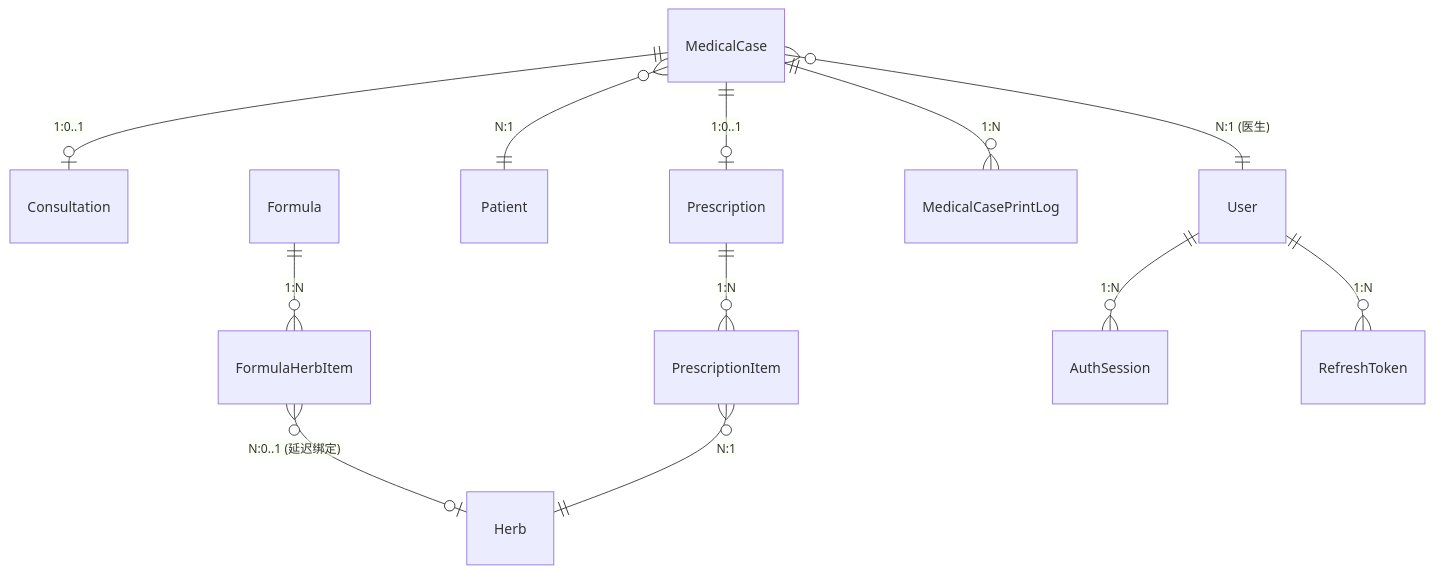
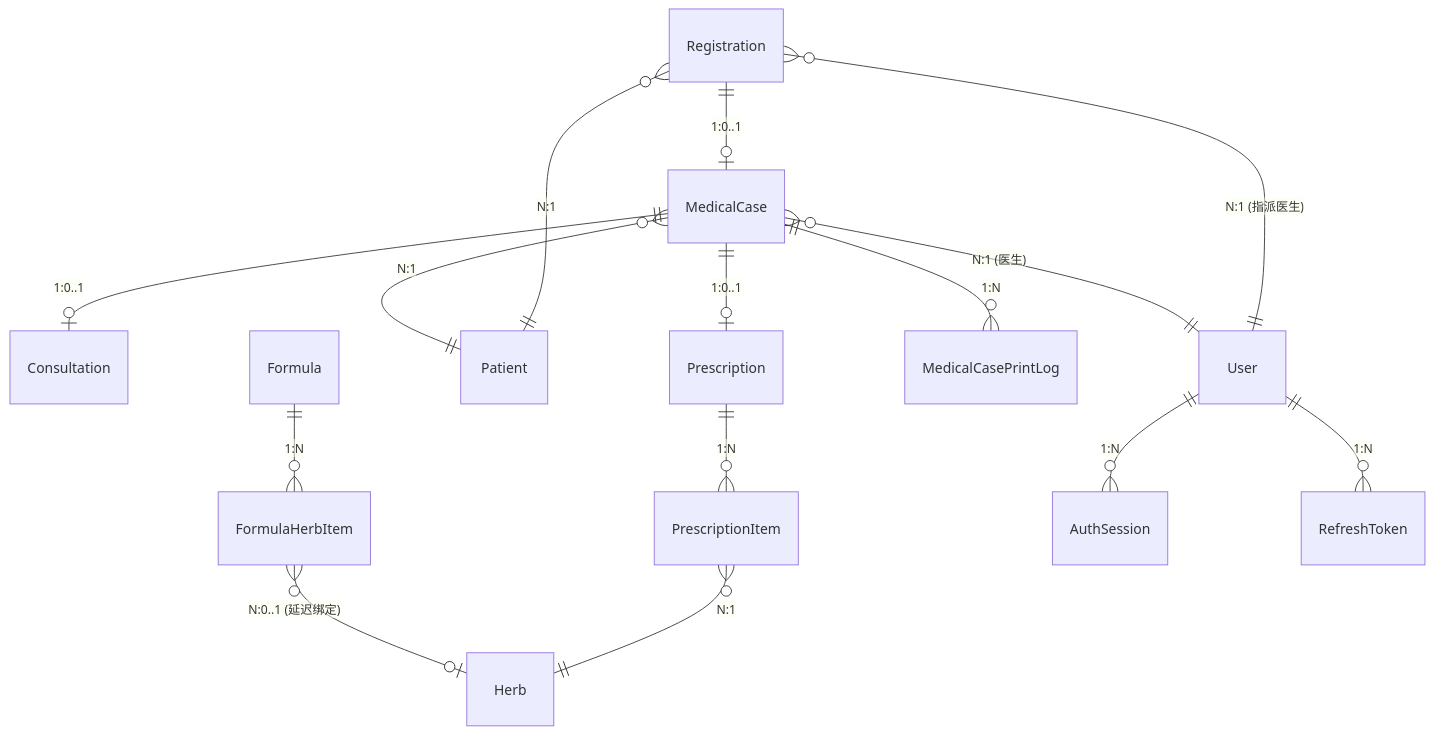
The first of 2 diagrams in docs/03-architecture/data-model.md (shouqitao/LYBTZYZS), drawn with Mermaid before and after one commit. The commit also changed other lines of this file and 31 other files, not shown here.

````diff
--- a/docs/03-architecture/data-model.md
+++ b/docs/03-architecture/data-model.md
@@ -9,14 +9,17 @@
 ```mermaid
 erDiagram
     MedicalCase ||--o| Consultation : "1:0..1"
     MedicalCase ||--o| Prescription : "1:0..1"
     MedicalCase }o--|| Patient : "N:1"
     MedicalCase }o--|| User : "N:1 (医生)"
     Prescription ||--o{ PrescriptionItem : "1:N"
     MedicalCase ||--o{ MedicalCasePrintLog : "1:N"
     Formula ||--o{ FormulaHerbItem : "1:N"
     FormulaHerbItem }o--o| Herb : "N:0..1 (延迟绑定)"
     PrescriptionItem }o--|| Herb : "N:1"
     User ||--o{ AuthSession : "1:N"
     User ||--o{ RefreshToken : "1:N"
+    Registration }o--|| Patient : "N:1"
+    Registration }o--|| User : "N:1 (指派医生)"
+    Registration ||--o| MedicalCase : "1:0..1"
 ```
````
